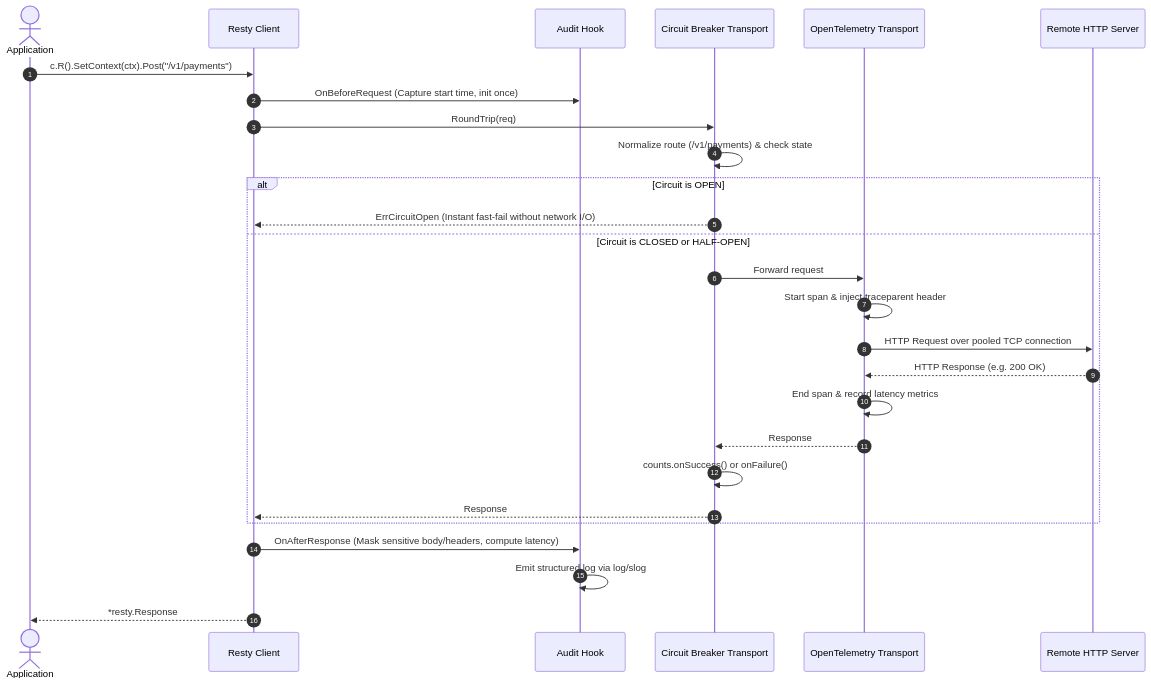
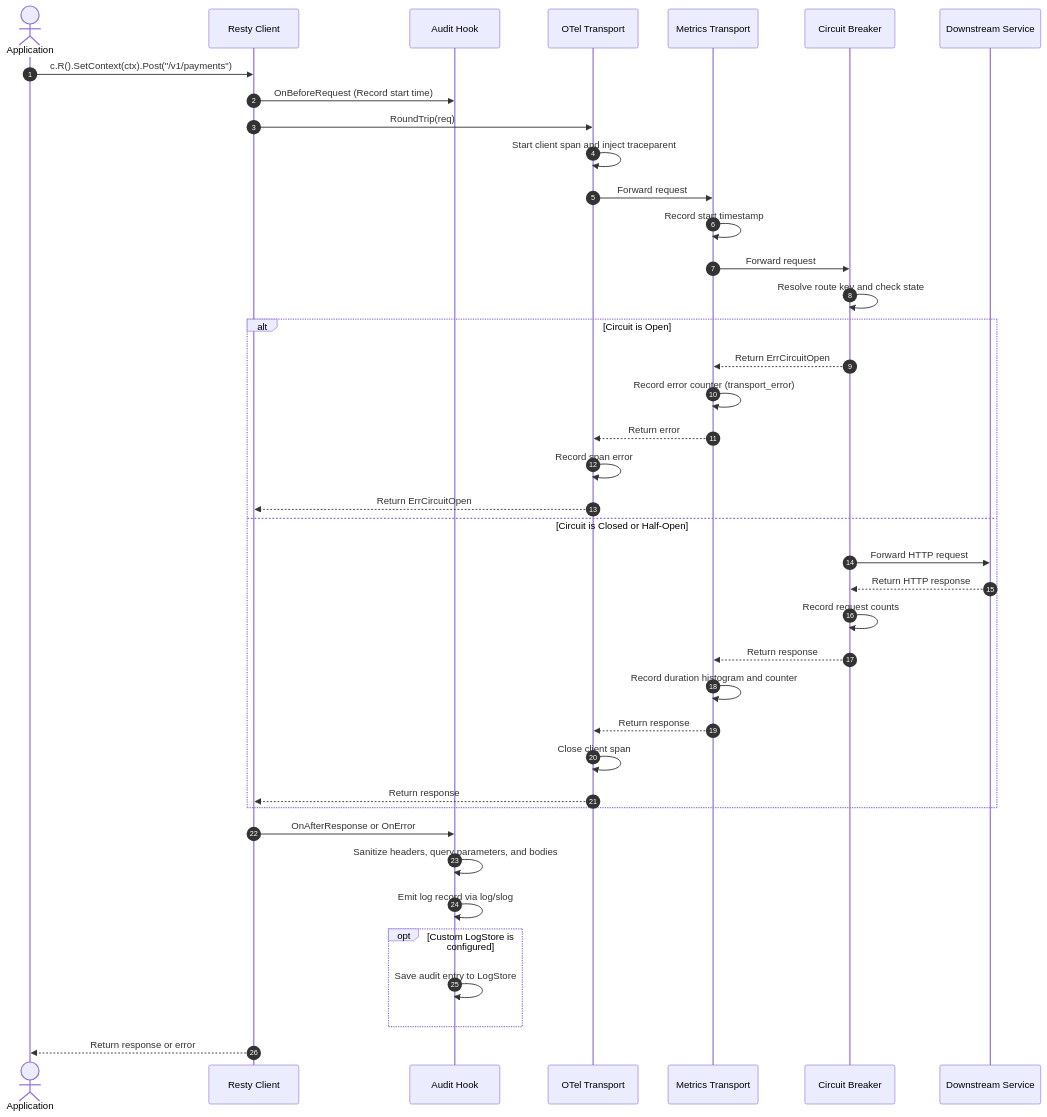
Before and after one commit to Jkenyut/nvx-go-client: the second of 4 diagrams in README.md, drawn with Mermaid. The commit also changed other lines of this file and 10 other files, not shown here.

Commit message:
feat: add OpenTelemetry metrics transport, URL query sanitization, and CI workflow

````diff
--- a/README.md
+++ b/README.md
@@ -399,30 +435,45 @@
 ```mermaid
 sequenceDiagram
     autonumber
     actor App as Application
     participant R as Resty Client
     participant A as Audit Hook
-    participant CB as Circuit Breaker Transport
-    participant OTel as OpenTelemetry Transport
-    participant Wire as Remote HTTP Server
+    participant OTel as OTel Transport
+    participant M as Metrics Transport
+    participant CB as Circuit Breaker
+    participant Target as Downstream Service
 
     App->>R: c.R().SetContext(ctx).Post("/v1/payments")
-    R->>A: OnBeforeRequest (Capture start time, init once)
-    R->>CB: RoundTrip(req)
-    CB->>CB: Normalize route (/v1/payments) & check state
-    alt Circuit is OPEN
-        CB-->>R: ErrCircuitOpen (Instant fast-fail without network I/O)
-    else Circuit is CLOSED or HALF-OPEN
-        CB->>OTel: Forward request
-        OTel->>OTel: Start span & inject traceparent header
-        OTel->>Wire: HTTP Request over pooled TCP connection
-        Wire-->>OTel: HTTP Response (e.g. 200 OK)
-        OTel->>OTel: End span & record latency metrics
-        OTel-->>CB: Response
-        CB->>CB: counts.onSuccess() or onFailure()
-        CB-->>R: Response
+    R->>A: OnBeforeRequest (Record start time)
+    R->>OTel: RoundTrip(req)
+    OTel->>OTel: Start client span and inject traceparent
+    OTel->>M: Forward request
+    M->>M: Record start timestamp
+    M->>CB: Forward request
+    CB->>CB: Resolve route key and check state
+
+    alt Circuit is Open
+        CB-->>M: Return ErrCircuitOpen
+        M->>M: Record error counter (transport_error)
+        M-->>OTel: Return error
+        OTel->>OTel: Record span error
+        OTel-->>R: Return ErrCircuitOpen
+    else Circuit is Closed or Half-Open
+        CB->>Target: Forward HTTP request
+        Target-->>CB: Return HTTP response
+        CB->>CB: Record request counts
+        CB-->>M: Return response
+        M->>M: Record duration histogram and counter
+        M-->>OTel: Return response
+        OTel->>OTel: Close client span
+        OTel-->>R: Return response
     end
-    R->>A: OnAfterResponse (Mask sensitive body/headers, compute latency)
-    A->>A: Emit structured log via log/slog
-    R-->>App: *resty.Response
+
+    R->>A: OnAfterResponse or OnError
+    A->>A: Sanitize headers, query parameters, and bodies
+    A->>A: Emit log record via log/slog
+    opt Custom LogStore is configured
+        A->>A: Save audit entry to LogStore
+    end
+    R-->>App: Return response or error
 ```
````
